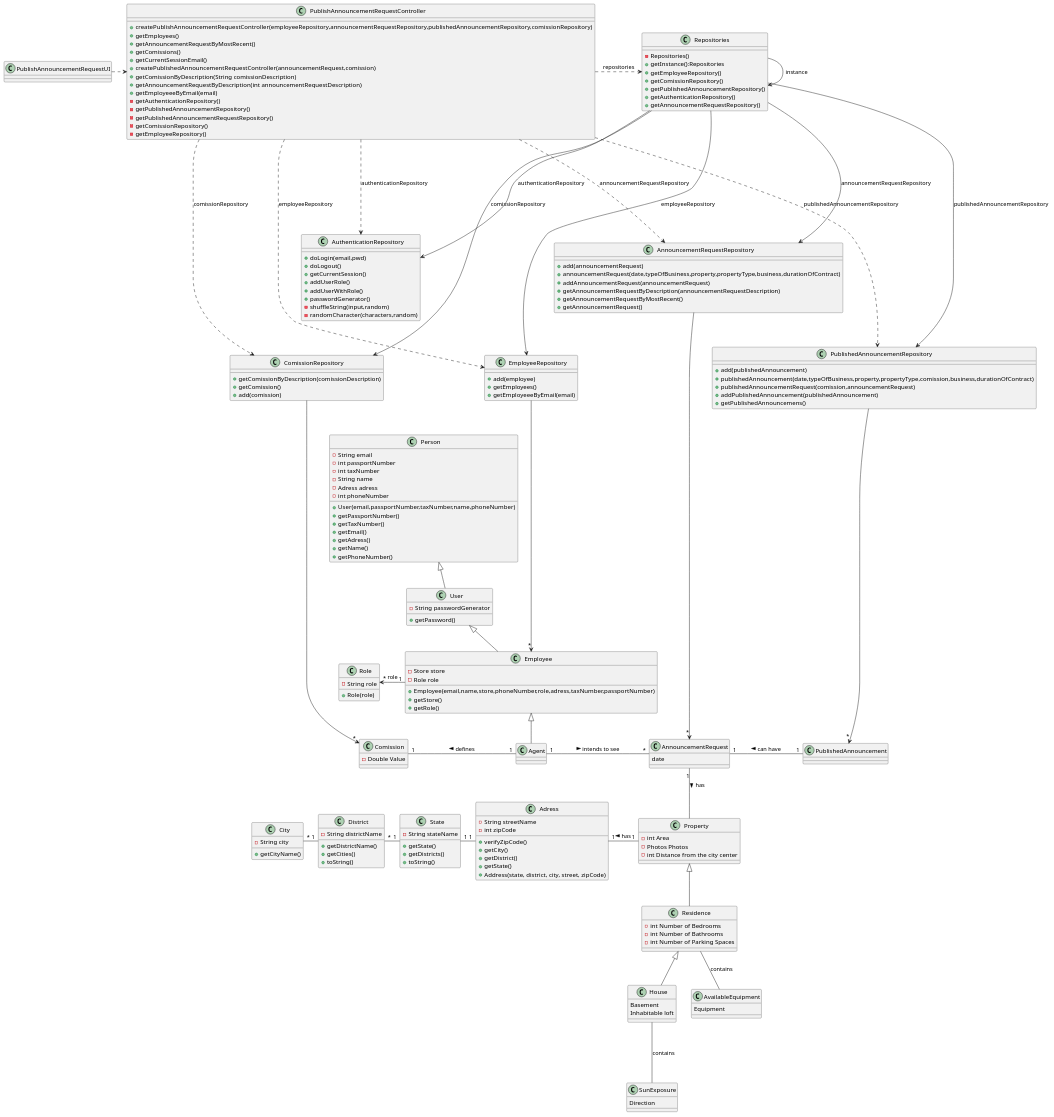
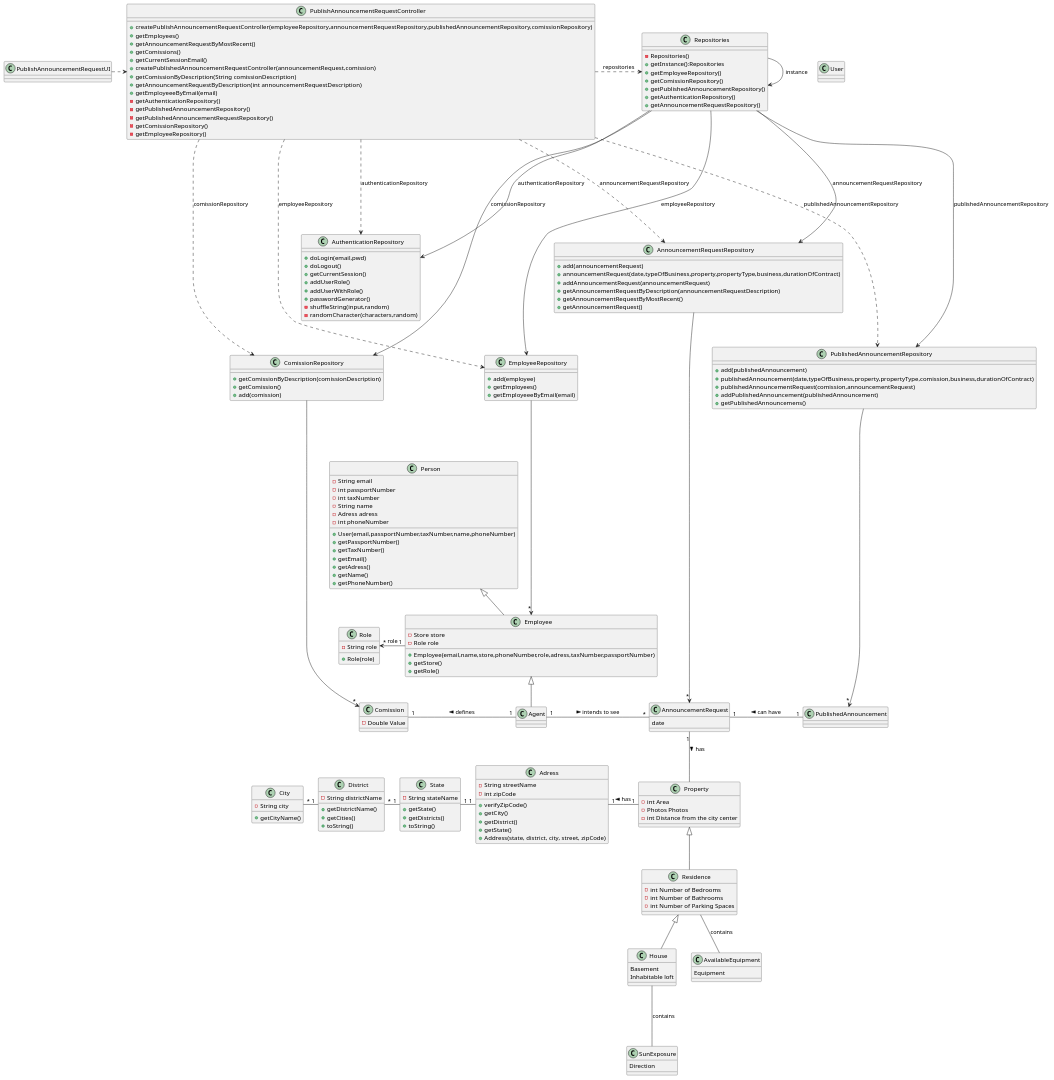
The diagram in docs/sprintC/US08/03.design/puml/us08-class-diagram.puml (PureNimble/ISEP-LAPR2), drawn with PlantUML before and after one commit. The commit also changed 3 other files, not shown here.

Commit message:
US08-Changing PublishAnnouncementRequestUI and the domain model SSD and Class Diagram

```diff
--- a/docs/sprintC/US08/03.design/puml/us08-class-diagram.puml
+++ b/docs/sprintC/US08/03.design/puml/us08-class-diagram.puml
@@ -209,10 +209,6 @@
 +getAnnouncementRequestRepository()
 }
 
-class User{
--String passwordGenerator
-+getPassword()
-}
 
 PublishAnnouncementRequestUI .> PublishAnnouncementRequestController
 
@@ -255,10 +251,7 @@
 State "1" -left- "*" District
 
 District "1" -left- "*" City
-
-User <|-- Employee
-
-Person <|-- User
+Person <|-- Employee
 
 EmployeeRepository ----> "*" Employee
 
```
